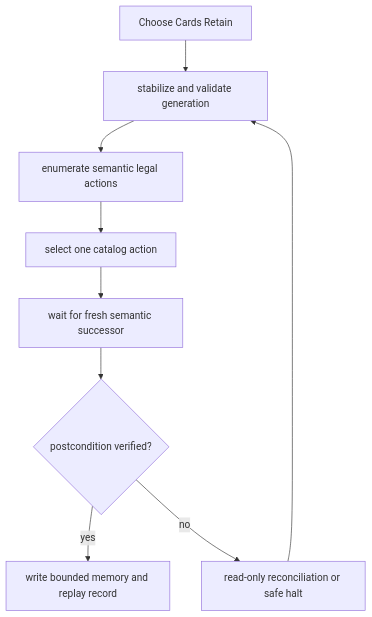
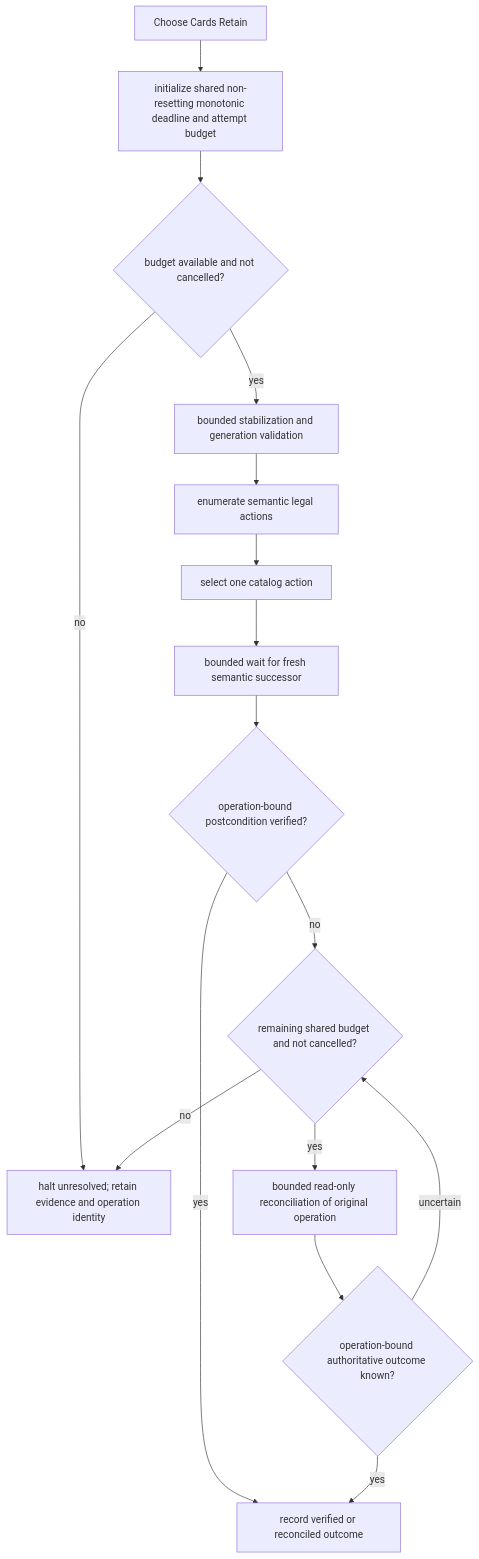
Before and after one commit to AI-Ascension/sts2-harness: the diagram in docs/research/sts2-expert-state-package/diagrams/states/choose_cards_retain.mmd, drawn with Mermaid. The commit also changed 135 other files, not shown here.

Commit message:
fix(research): bound generated recovery and halt unresolved outcomes

```diff
--- a/docs/research/sts2-expert-state-package/diagrams/states/choose_cards_retain.mmd
+++ b/docs/research/sts2-expert-state-package/diagrams/states/choose_cards_retain.mmd
@@ -1,11 +1,19 @@
 %% Generated by sts2-expert-state-package-generator/1; requirements baseline only.
 flowchart TD
-    E["Choose Cards Retain"] --> B["stabilize and validate generation"]
+    E["Choose Cards Retain"] --> I["initialize shared non-resetting monotonic deadline and attempt budget"]
+    I --> Q{"budget available and not cancelled?"}
+    Q -->|no| H["halt unresolved; retain evidence and operation identity"]
+    Q -->|yes| B["bounded stabilization and generation validation"]
     B --> L["enumerate semantic legal actions"]
     L --> X["select one catalog action"]
-    X --> W["wait for fresh semantic successor"]
-    W --> V{"postcondition verified?"}
-    V -->|yes| M["write bounded memory and replay record"]
-    V -->|no| R["read-only reconciliation or safe halt"]
-    R --> B
+    X --> W["bounded wait for fresh semantic successor"]
+    W --> V{"operation-bound postcondition verified?"}
+    V -->|yes| M["record verified or reconciled outcome"]
+    V -->|no| C{"remaining shared budget and not cancelled?"}
+    C -->|no| H
+    C -->|yes| R["bounded read-only reconciliation of original operation"]
+    R --> K{"operation-bound authoritative outcome known?"}
+    K -->|yes| M
+    K -->|uncertain| C
+    %% No recovery edge returns to action selection; halt has no outgoing edge.
     %% Stable node key: choose_cards_retain
```
